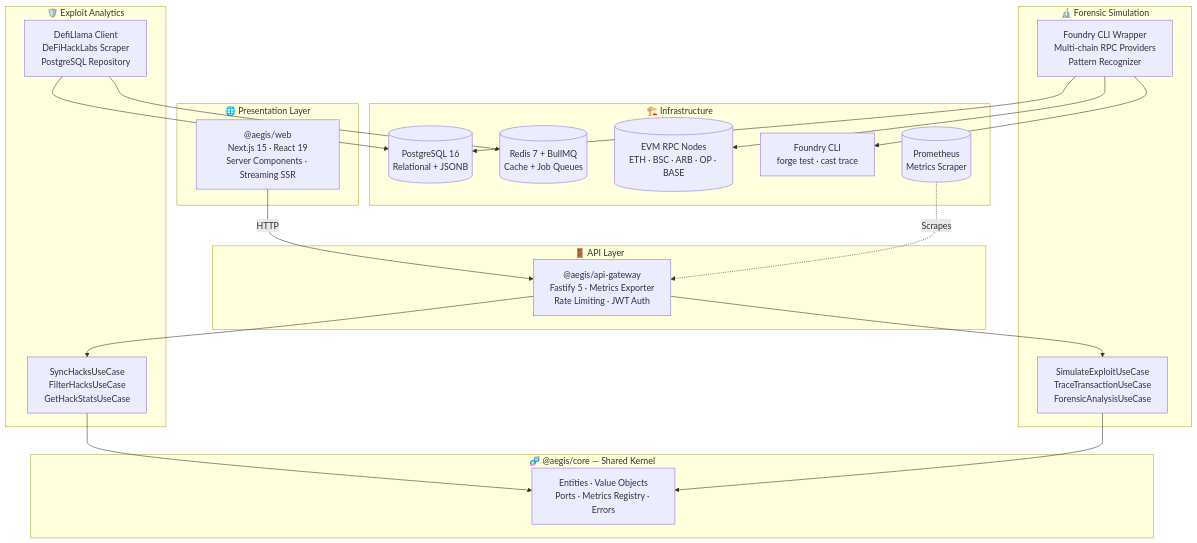
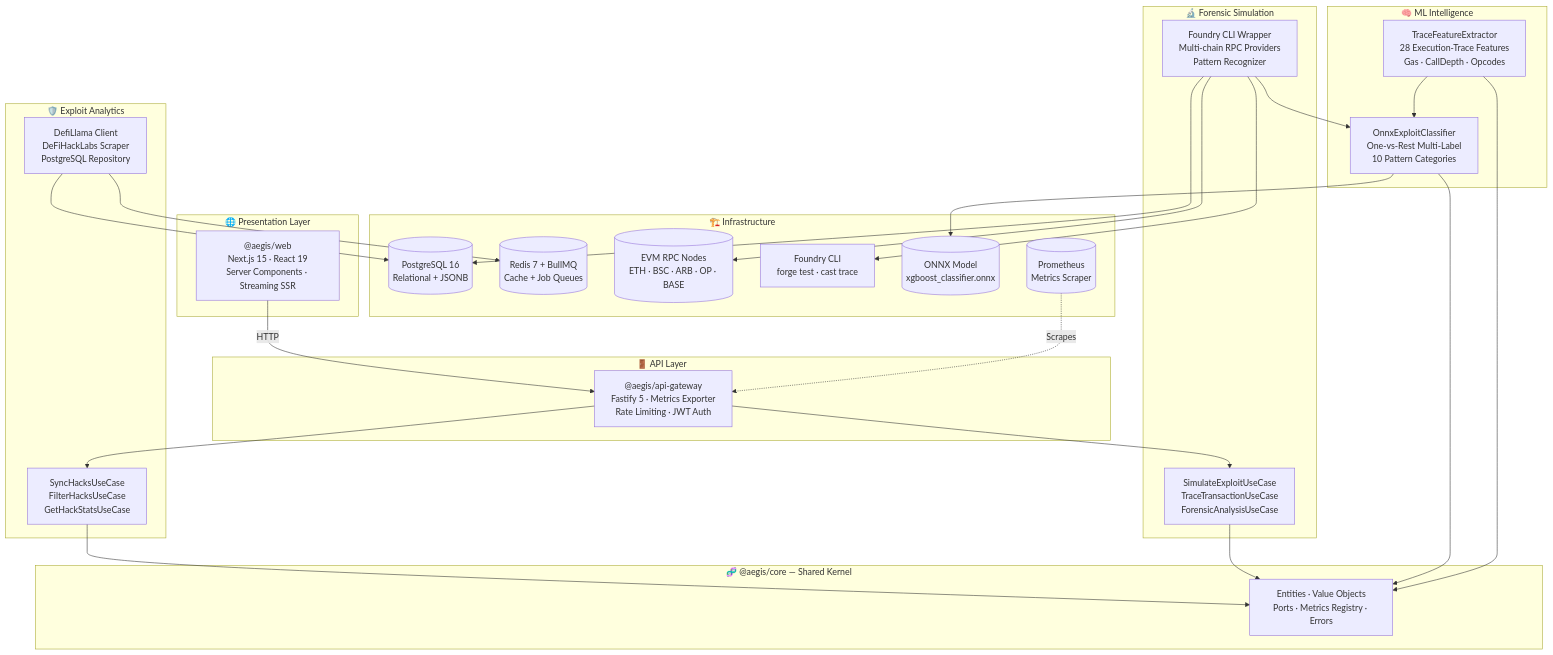
Before and after one commit to Artificial-Ledger-Technology/ALT-Flex: the diagram in README.md, drawn with Mermaid. The commit also changed other lines of this file, not shown here.

````diff
--- a/README.md
+++ b/README.md
@@ -230,39 +248,49 @@
 ```mermaid
 graph TB
     subgraph "🌐 Presentation Layer"
         WEB["@aegis/web<br/>Next.js 15 · React 19<br/>Server Components · Streaming SSR"]
     end
 
     subgraph "🚪 API Layer"
         GW["@aegis/api-gateway<br/>Fastify 5 · Metrics Exporter<br/>Rate Limiting · JWT Auth"]
     end
 
     subgraph "🛡️ Exploit Analytics"
         HA_APP["SyncHacksUseCase<br/>FilterHacksUseCase<br/>GetHackStatsUseCase"]
         HA_ADP["DefiLlama Client<br/>DeFiHackLabs Scraper<br/>PostgreSQL Repository"]
     end
 
     subgraph "🔬 Forensic Simulation"
         FS_APP["SimulateExploitUseCase<br/>TraceTransactionUseCase<br/>ForensicAnalysisUseCase"]
         FS_ADP["Foundry CLI Wrapper<br/>Multi-chain RPC Providers<br/>Pattern Recognizer"]
     end
 
+    subgraph "🧠 ML Intelligence"
+        ML_CLS["OnnxExploitClassifier<br/>One-vs-Rest Multi-Label<br/>10 Pattern Categories"]
+        ML_FE["TraceFeatureExtractor<br/>28 Execution-Trace Features<br/>Gas · CallDepth · Opcodes"]
+    end
+
     subgraph "🧬 @aegis/core — Shared Kernel"
         CORE["Entities · Value Objects<br/>Ports · Metrics Registry · Errors"]
     end
 
     subgraph "🏗️ Infrastructure"
         PG[("PostgreSQL 16<br/>Relational + JSONB")]
         RD[("Redis 7 + BullMQ<br/>Cache + Job Queues")]
         CHAIN[("EVM RPC Nodes<br/>ETH · BSC · ARB · OP · BASE")]
         FOUNDRY["Foundry CLI<br/>forge test · cast trace"]
+        ONNX[("ONNX Model<br/>xgboost_classifier.onnx")]
         PROM[("Prometheus<br/>Metrics Scraper")]
     end
 
     WEB -->|HTTP| GW
     PROM -.->|Scrapes| GW
     GW --> HA_APP & FS_APP
     HA_APP & FS_APP --> CORE
     HA_ADP --> PG & RD
     FS_ADP --> CHAIN & FOUNDRY & PG
+    FS_ADP --> ML_CLS
+    ML_CLS --> ONNX
+    ML_FE --> ML_CLS
+    ML_CLS & ML_FE --> CORE
 ```
````
